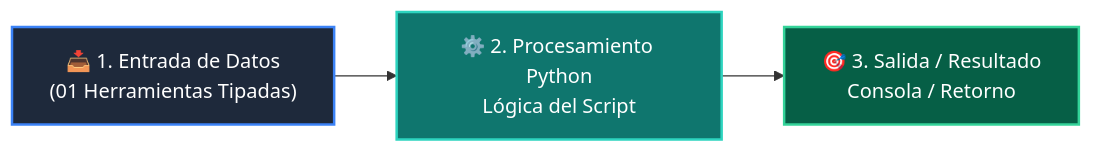
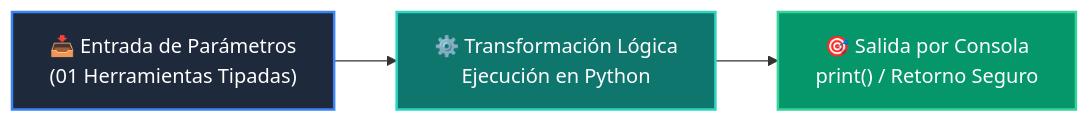
One commit to wisrovi/wisrovi-python changed the diagram in 03-agentes-ia/clase-04-tool-calling-funciones/ejemplos/ejemplo_01_herramientas_tipadas/README.md. Above: the diagram before and after it, drawn with Mermaid. The commit also changed other lines of this file and 226 other files, not shown here.

Commit message:
docs: elevate all repository READMEs to world-class mastery standard with rich pedagogical architecture, custom Mermaids, and professional styling

````diff
--- a/03-agentes-ia/clase-04-tool-calling-funciones/ejemplos/ejemplo_01_herramientas_tipadas/README.md
+++ b/03-agentes-ia/clase-04-tool-calling-funciones/ejemplos/ejemplo_01_herramientas_tipadas/README.md
@@ -12,9 +19,9 @@
 ```mermaid
 flowchart LR
-    A["📥 1. Entrada de Datos<br/>(01 Herramientas Tipadas)"] --> B["⚙️ 2. Procesamiento Python<br/>Lógica del Script"]
-    B --> C["🎯 3. Salida / Resultado<br/>Consola / Retorno"]
+    A["📥 Entrada de Parámetros<br/>(01 Herramientas Tipadas)"] --> B["⚙️ Transformación Lógica<br/>Ejecución en Python"]
+    B --> C["🎯 Salida por Consola<br/>print() / Retorno Seguro"]
 
-    style A fill:#1e293b,color:#fff,stroke:#3b82f6,stroke-width:2px
-    style B fill:#0f766e,color:#fff,stroke:#2dd4bf,stroke-width:2px
-    style C fill:#065f46,color:#fff,stroke:#34d399,stroke-width:2px
+    style A fill:#1e293b,color:#ffffff,stroke:#3b82f6,stroke-width:2px
+    style B fill:#0f766e,color:#ffffff,stroke:#2dd4bf,stroke-width:2px
+    style C fill:#059669,color:#ffffff,stroke:#34d399,stroke-width:2px
 ```
````
